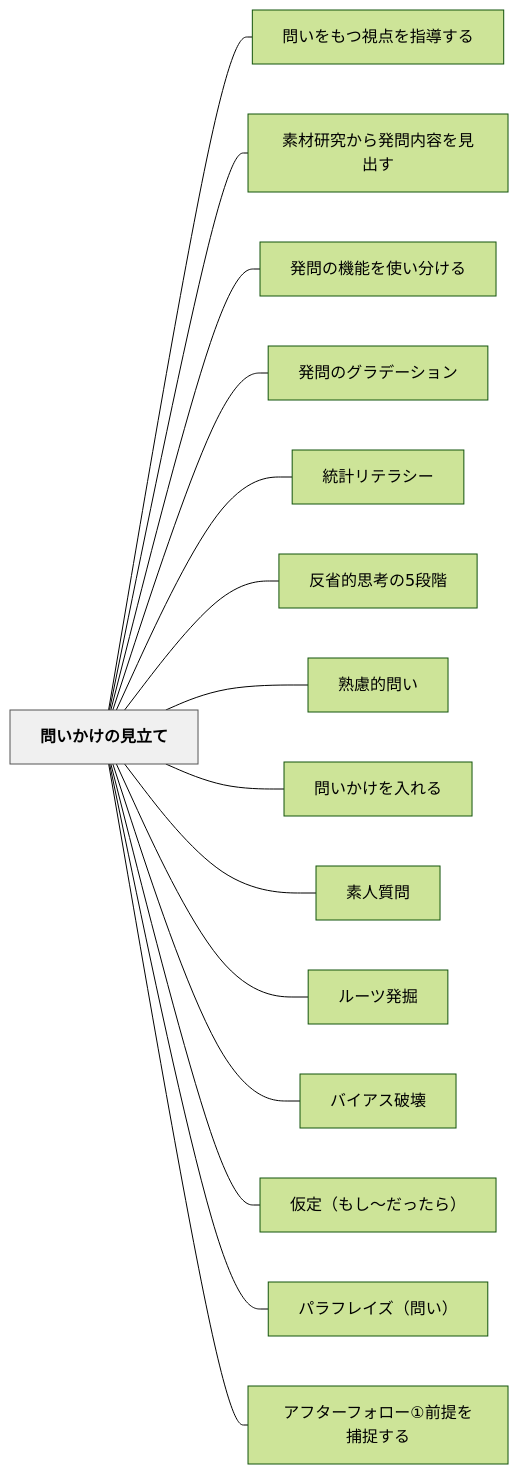
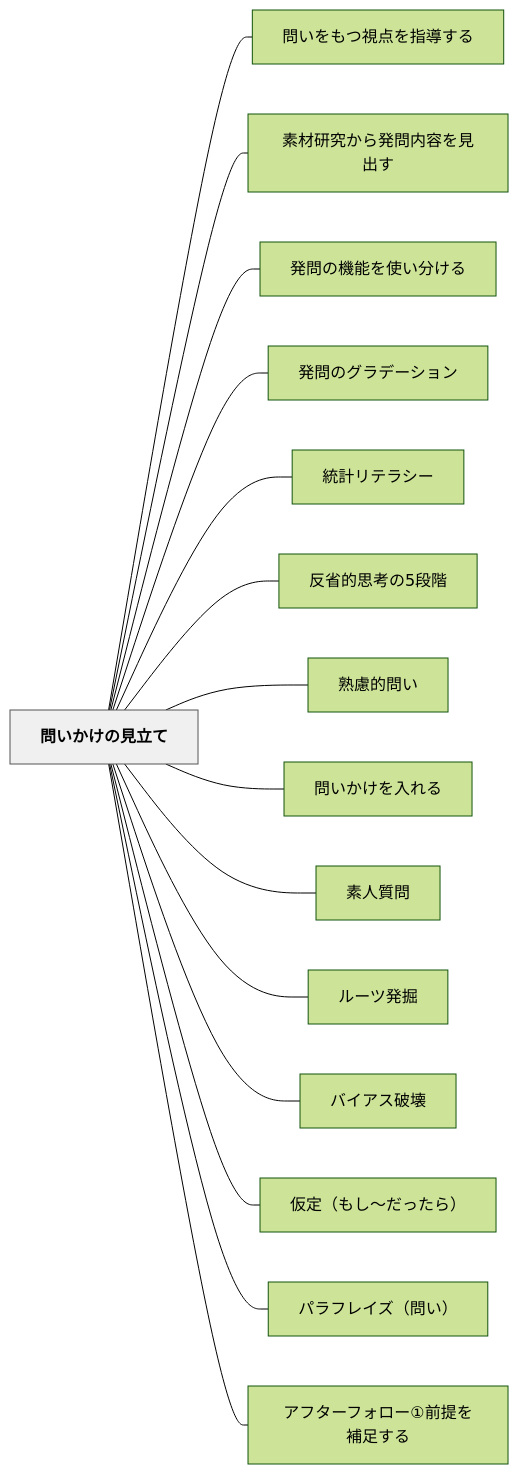
One commit to unknownthings-ed-patterns/unknownthings-ed-patterns changed the diagram in content/パタン/問いかけの見立て.md. Above: the diagram before and after it, drawn with Mermaid (forest theme). The commit also changed other lines of this file and 28 other files, not shown here.

````diff
--- a/content/パタン/問いかけの見立て.md
+++ b/content/パタン/問いかけの見立て.md
@@ -119,36 +119,36 @@
 ```mermaid
 flowchart LR
     ne5958fe38184e3818be38191e381aee8a68be7ab8be381a6["問いかけの見立て"]
     ne5958fe38184e38292e38282e381a4e8a696e782b9e38292e68c87e5b08ee38199e3828b["問いをもつ視点を指導する"]
     ne7b4a0e69d90e7a094e7a9b6e3818be38289e799bae5958fe58685e5aeb9e38292e8a68be587bae38199["素材研究から発問内容を見出す"]
     ne799bae5958fe381aee6a99fe883bde38292e4bdbfe38184e58886e38191e3828b["発問の機能を使い分ける"]
     ne799bae5958fe381aee382b0e383a9e38387e383bce382b7e383a7e383b3["発問のグラデーション"]
     ne7b5b1e8a888e383aae38386e383a9e382b7e383bc["統計リテラシー"]
     ne58f8de79c81e79a84e6809de88083e381ae35e6aeb5e99a8e["反省的思考の5段階"]
     ne7869fe685aee79a84e5958fe38184["熟慮的問い"]
     ne5958fe38184e3818be38191e38292e585a5e3828ce3828b["問いかけを入れる"]
     ne7b4a0e4babae8b3aae5958f["素人質問"]
     ne383abe383bce38384e799bae68e98["ルーツ発掘"]
     ne38390e382a4e382a2e382b9e7a0b4e5a38a["バイアス破壊"]
     ne4bbaee5ae9aefbc88e38282e38197e3809ce381a0e381a3e3819fe38289efbc89["仮定（もし〜だったら）"]
     ne38391e383a9e38395e383ace382a4e382baefbc88e5958fe38184efbc89["パラフレイズ（問い）"]
-    ne382a2e38395e382bfe383bce38395e382a9e383ade383bce291a0e5898de68f90e38292e68d95e68d89e38199e3828b["アフターフォロー①前提を捕捉する"]
+    ne382a2e38395e382bfe383bce38395e382a9e383ade383bce291a0e5898de68f90e38292e8a39ce8b6b3e38199e3828b["アフターフォロー①前提を補足する"]
 
     ne5958fe38184e3818be38191e381aee8a68be7ab8be381a6 --- ne5958fe38184e38292e38282e381a4e8a696e782b9e38292e68c87e5b08ee38199e3828b
     ne5958fe38184e3818be38191e381aee8a68be7ab8be381a6 --- ne7b4a0e69d90e7a094e7a9b6e3818be38289e799bae5958fe58685e5aeb9e38292e8a68be587bae38199
     ne5958fe38184e3818be38191e381aee8a68be7ab8be381a6 --- ne799bae5958fe381aee6a99fe883bde38292e4bdbfe38184e58886e38191e3828b
     ne5958fe38184e3818be38191e381aee8a68be7ab8be381a6 --- ne799bae5958fe381aee382b0e383a9e38387e383bce382b7e383a7e383b3
     ne5958fe38184e3818be38191e381aee8a68be7ab8be381a6 --- ne7b5b1e8a888e383aae38386e383a9e382b7e383bc
     ne5958fe38184e3818be38191e381aee8a68be7ab8be381a6 --- ne58f8de79c81e79a84e6809de88083e381ae35e6aeb5e99a8e
     ne5958fe38184e3818be38191e381aee8a68be7ab8be381a6 --- ne7869fe685aee79a84e5958fe38184
     ne5958fe38184e3818be38191e381aee8a68be7ab8be381a6 --- ne5958fe38184e3818be38191e38292e585a5e3828ce3828b
     ne5958fe38184e3818be38191e381aee8a68be7ab8be381a6 --- ne7b4a0e4babae8b3aae5958f
     ne5958fe38184e3818be38191e381aee8a68be7ab8be381a6 --- ne383abe383bce38384e799bae68e98
     ne5958fe38184e3818be38191e381aee8a68be7ab8be381a6 --- ne38390e382a4e382a2e382b9e7a0b4e5a38a
     ne5958fe38184e3818be38191e381aee8a68be7ab8be381a6 --- ne4bbaee5ae9aefbc88e38282e38197e3809ce381a0e381a3e3819fe38289efbc89
     ne5958fe38184e3818be38191e381aee8a68be7ab8be381a6 --- ne38391e383a9e38395e383ace382a4e382baefbc88e5958fe38184efbc89
-    ne5958fe38184e3818be38191e381aee8a68be7ab8be381a6 --- ne382a2e38395e382bfe383bce38395e382a9e383ade383bce291a0e5898de68f90e38292e68d95e68d89e38199e3828b
+    ne5958fe38184e3818be38191e381aee8a68be7ab8be381a6 --- ne382a2e38395e382bfe383bce38395e382a9e383ade383bce291a0e5898de68f90e38292e8a39ce8b6b3e38199e3828b
 
     classDef hub fill:#f0f0f0,stroke:#555,color:#000,font-weight:bold
     class ne5958fe38184e3818be38191e381aee8a68be7ab8be381a6 hub
 ```
````
